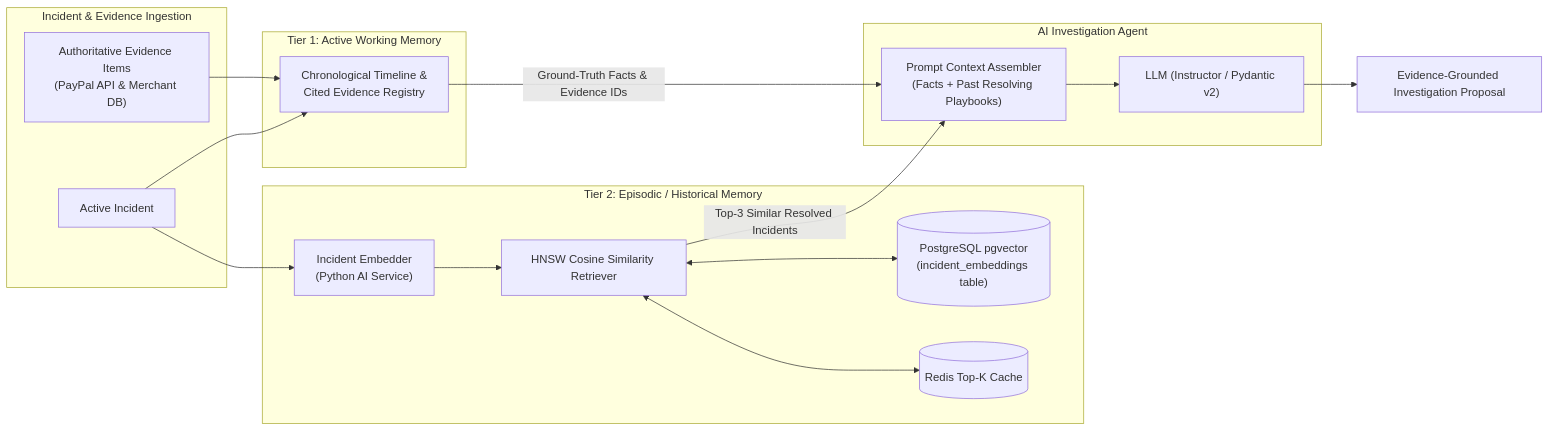
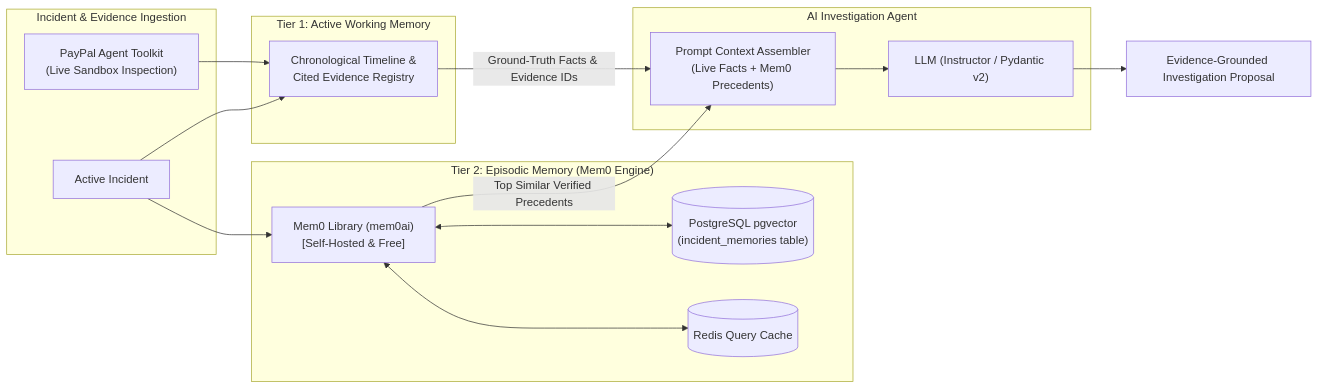
The diagram in deltix_docs/memory/01-memory-architecture.md (Kavisharora12/DelTix), drawn with Mermaid before and after one commit. The commit also changed other lines of this file and 13 other files, not shown here.

````diff
--- a/deltix_docs/memory/01-memory-architecture.md
+++ b/deltix_docs/memory/01-memory-architecture.md
@@ -11,34 +12,34 @@
 ```mermaid
 flowchart LR
     subgraph INGEST["Incident & Evidence Ingestion"]
       INC["Active Incident"]
-      EVID["Authoritative Evidence Items\n(PayPal API & Merchant DB)"]
+      TOOLKIT["PayPal Agent Toolkit\n(Live Sandbox Inspection)"]
     end
 
     subgraph TIER1["Tier 1: Active Working Memory"]
       WM["Chronological Timeline &\nCited Evidence Registry"]
     end
 
-    subgraph TIER2["Tier 2: Episodic / Historical Memory"]
-      EMB["Incident Embedder\n(Python AI Service)"]
-      VEC_STORE[("PostgreSQL pgvector\n(incident_embeddings table)")]
-      CACHE[("Redis Top-K Cache")]
-      RETRIEVER["HNSW Cosine Similarity Retriever"]
+    subgraph TIER2["Tier 2: Episodic Memory (Mem0 Engine)"]
+      MEM0["Mem0 Library (mem0ai)\n[Self-Hosted & Free]"]
+      VEC_STORE[("PostgreSQL pgvector\n(incident_memories table)")]
+      CACHE[("Redis Query Cache")]
     end
 
     subgraph AGENT["AI Investigation Agent"]
-      PROMPT["Prompt Context Assembler\n(Facts + Past Resolving Playbooks)"]
+      PROMPT["Prompt Context Assembler\n(Live Facts + Mem0 Precedents)"]
       LLM["LLM (Instructor / Pydantic v2)"]
     end
 
     INC --> WM
-    EVID --> WM
-    INC --> EMB
-    EMB --> RETRIEVER
-    RETRIEVER <--> CACHE
-    RETRIEVER <--> VEC_STORE
-    RETRIEVER -->|Top-3 Similar Resolved Incidents| PROMPT
+    TOOLKIT --> WM
+    
+    INC --> MEM0
+    MEM0 <--> CACHE
+    MEM0 <--> VEC_STORE
+    MEM0 -->|Top Similar Verified Precedents| PROMPT
+    
     WM -->|Ground-Truth Facts & Evidence IDs| PROMPT
     PROMPT --> LLM
     LLM --> OUT["Evidence-Grounded Investigation Proposal"]
 ```
````
